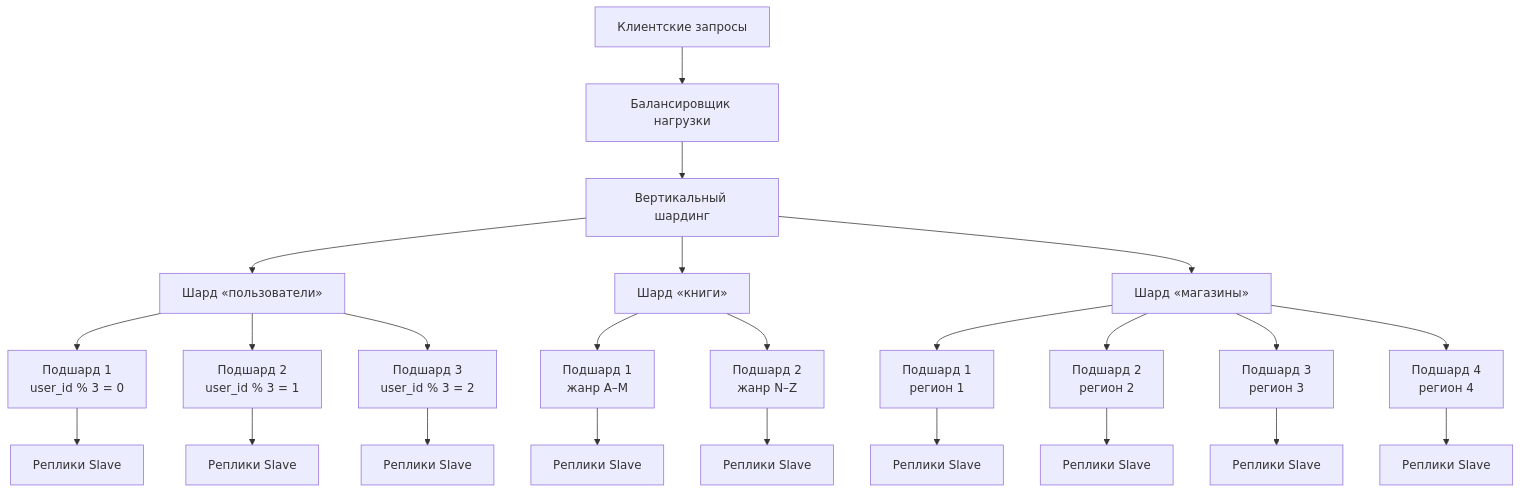
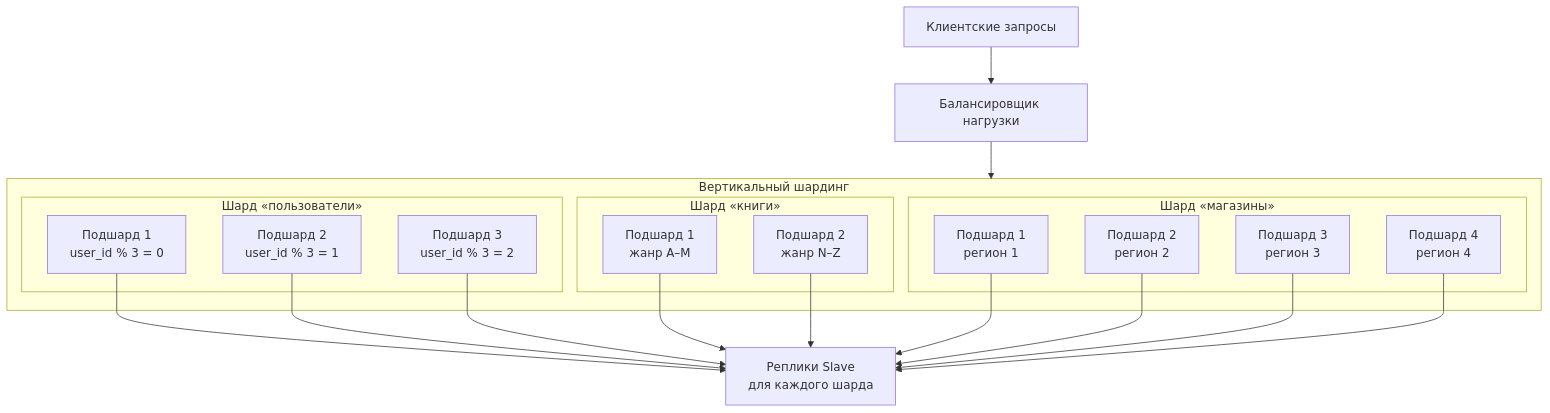
The diagram in README.md (SE2808/sdbsql_46_replication_scaling_part_2), drawn with Mermaid before and after one commit. The commit also changed other lines of this file, not shown here.

Commit message:
изменения readme

````diff
--- a/README.md
+++ b/README.md
@@ -143,30 +147,35 @@
 ```mermaid
-graph TD
+flowchart TD
     A[Клиентские запросы] --> B[Балансировщик нагрузки]
     B --> C[Вертикальный шардинг]
     
-    C --> D[Шард «пользователи»]
-    D --> D1[Подшард 1<br/>user_id % 3 = 0]
-    D --> D2[Подшард 2<br/>user_id % 3 = 1]
-    D --> D3[Подшард 3<br/>user_id % 3 = 2]
+    subgraph C[Вертикальный шардинг]
+        subgraph D[Шард «пользователи»]
+            D1[Подшард 1<br/>user_id % 3 = 0]
+            D2[Подшард 2<br/>user_id % 3 = 1]
+            D3[Подшард 3<br/>user_id % 3 = 2]
+        end
+        
+        subgraph E[Шард «книги»]
+            E1[Подшард 1<br/>жанр A–M]
+            E2[Подшард 2<br/>жанр N–Z]
+        end
+        
+        subgraph F[Шард «магазины»]
+            F1[Подшард 1<br/>регион 1]
+            F2[Подшард 2<br/>регион 2]
+            F3[Подшард 3<br/>регион 3]
+            F4[Подшард 4<br/>регион 4]
+        end
+    end
     
-    C --> E[Шард «книги»]
-    E --> E1[Подшард 1<br/>жанр A–M]
-    E --> E2[Подшард 2<br/>жанр N–Z]
-    
-    C --> F[Шард «магазины»]
-    F --> F1[Подшард 1<br/>регион 1]
-    F --> F2[Подшард 2<br/>регион 2]
-    F --> F3[Подшард 3<br/>регион 3]
-    F --> F4[Подшард 4<br/>регион 4]
-    
-    D1 --> G1[Реплики Slave]
-    D2 --> G2[Реплики Slave]
-    D3 --> G3[Реплики Slave]
-    E1 --> G4[Реплики Slave]
-    E2 --> G5[Реплики Slave]
-    F1 --> G6[Реплики Slave]
-    F2 --> G7[Реплики Slave]
-    F3 --> G8[Реплики Slave]
-    F4 --> G9[Реплики Slave]
+    D1 --> G[Реплики Slave<br/>для каждого шарда]
+    D2 --> G
+    D3 --> G
+    E1 --> G
+    E2 --> G
+    F1 --> G
+    F2 --> G
+    F3 --> G
+    F4 --> G
 ```
````
